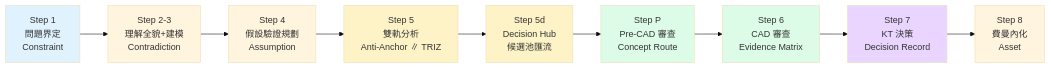
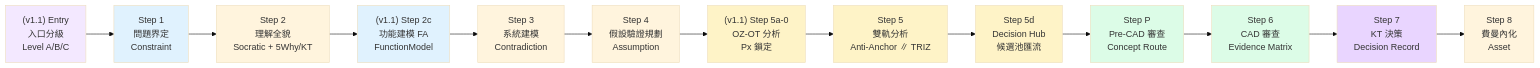
One commit to Zenobia0000/RD_copilot_system changed the first of 4 diagrams in docs/01-define/E3--system-interaction-flow.md. Above: the diagram before and after it, drawn with Mermaid (base theme). The commit also changed other lines of this file and 9 other files, not shown here.

````diff
--- a/docs/01-define/E3--system-interaction-flow.md
+++ b/docs/01-define/E3--system-interaction-flow.md
@@ -28,18 +28,25 @@
 ```mermaid
 graph LR
-    S1["Step 1<br/>問題界定<br/>Constraint"] --> S2["Step 2-3<br/>理解全貌+建模<br/>Contradiction"]
-    S2 --> S4["Step 4<br/>假設驗證規劃<br/>Assumption"]
-    S4 --> S5["Step 5<br/>雙軌分析<br/>Anti-Anchor ∥ TRIZ"]
+    S0["(v1.1) Entry<br/>入口分級<br/>Level A/B/C"] --> S1["Step 1<br/>問題界定<br/>Constraint"]
+    S1 --> S2["Step 2<br/>理解全貌<br/>Socratic + 5Why/KT"]
+    S2 --> S2c["(v1.1) Step 2c<br/>功能建模 FA<br/>FunctionModel"]
+    S2c --> S3["Step 3<br/>系統建模<br/>Contradiction"]
+    S3 --> S4["Step 4<br/>假設驗證規劃<br/>Assumption"]
+    S4 --> S5a0["(v1.1) Step 5a-0<br/>OZ-OT 分析<br/>Px 鎖定"]
+    S5a0 --> S5["Step 5<br/>雙軌分析<br/>Anti-Anchor ∥ TRIZ"]
     S5 --> S5d["Step 5d<br/>Decision Hub<br/>候選池匯流"]
     S5d --> SP["Step P<br/>Pre-CAD 審查<br/>Concept Route"]
     SP --> S6["Step 6<br/>CAD 審查<br/>Evidence Matrix"]
     S6 --> S7["Step 7<br/>KT 決策<br/>Decision Record"]
     S7 --> S8["Step 8<br/>費曼內化<br/>Asset"]
 
+    style S0 fill:#F3E8FF
     style S1 fill:#E0F2FE
+    style S2c fill:#E0F2FE
+    style S5a0 fill:#FEF3C7
     style S5 fill:#FEF3C7
     style S5d fill:#FEF3C7
     style SP fill:#DCFCE7
     style S6 fill:#DCFCE7
     style S7 fill:#E9D5FF
 ```
````
